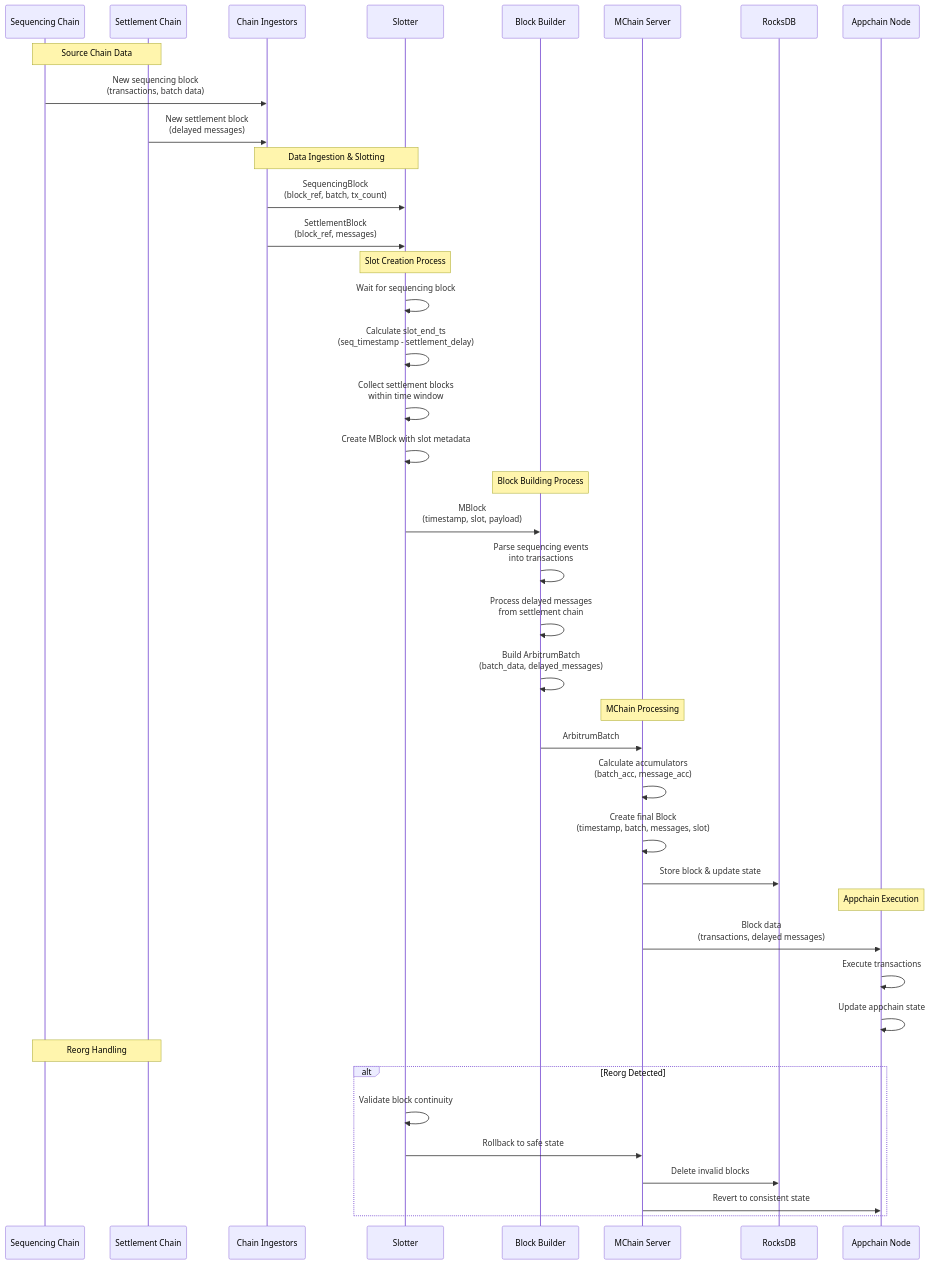
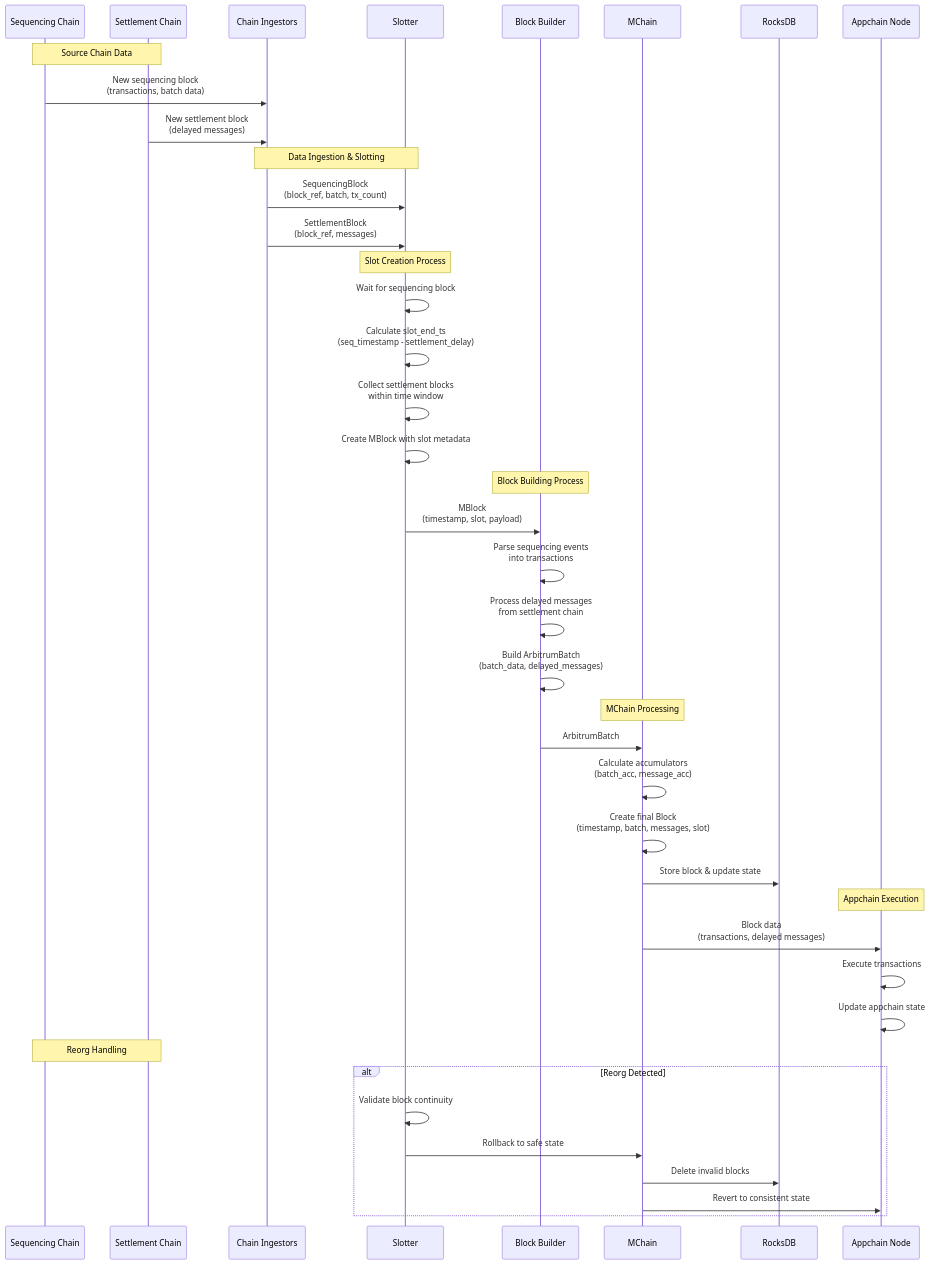
Before and after one commit to SyndicateProtocol/syndicate-appchains: the second of 2 diagrams in synd-translator/README.md, drawn with Mermaid. The commit also changed other lines of this file and 1 other file, not shown here.

````diff
--- a/synd-translator/README.md
+++ b/synd-translator/README.md
@@ -76,50 +76,50 @@
 ```mermaid
 sequenceDiagram
     participant SEQ as Sequencing Chain
     participant SET as Settlement Chain
     participant ING as Chain Ingestors
     participant SLOT as Slotter
     participant BUILDER as Block Builder
-    participant MCHAIN as MChain Server
+    participant MCHAIN as MChain
     participant DB as RocksDB
     participant APP as Appchain Node
 
     Note over SEQ,SET: Source Chain Data
     SEQ->>ING: New sequencing block<br/>(transactions, batch data)
     SET->>ING: New settlement block<br/>(delayed messages)
 
     Note over ING,SLOT: Data Ingestion & Slotting
     ING->>SLOT: SequencingBlock<br/>(block_ref, batch, tx_count)
     ING->>SLOT: SettlementBlock<br/>(block_ref, messages)
 
     Note over SLOT: Slot Creation Process
     SLOT->>SLOT: Wait for sequencing block
     SLOT->>SLOT: Calculate slot_end_ts<br/>(seq_timestamp - settlement_delay)
     SLOT->>SLOT: Collect settlement blocks<br/>within time window
     SLOT->>SLOT: Create MBlock with slot metadata
 
     Note over BUILDER: Block Building Process
     SLOT->>BUILDER: MBlock<br/>(timestamp, slot, payload)
     BUILDER->>BUILDER: Parse sequencing events<br/>into transactions
     BUILDER->>BUILDER: Process delayed messages<br/>from settlement chain
     BUILDER->>BUILDER: Build ArbitrumBatch<br/>(batch_data, delayed_messages)
 
     Note over MCHAIN: MChain Processing
     BUILDER->>MCHAIN: ArbitrumBatch
     MCHAIN->>MCHAIN: Calculate accumulators<br/>(batch_acc, message_acc)
     MCHAIN->>MCHAIN: Create final Block<br/>(timestamp, batch, messages, slot)
     MCHAIN->>DB: Store block & update state
 
     Note over APP: Appchain Execution
     MCHAIN->>APP: Block data<br/>(transactions, delayed messages)
     APP->>APP: Execute transactions
     APP->>APP: Update appchain state
 
     Note over SEQ,SET: Reorg Handling
     alt Reorg Detected
         SLOT->>SLOT: Validate block continuity
         SLOT->>MCHAIN: Rollback to safe state
         MCHAIN->>DB: Delete invalid blocks
         MCHAIN->>APP: Revert to consistent state
     end
 ```
````
